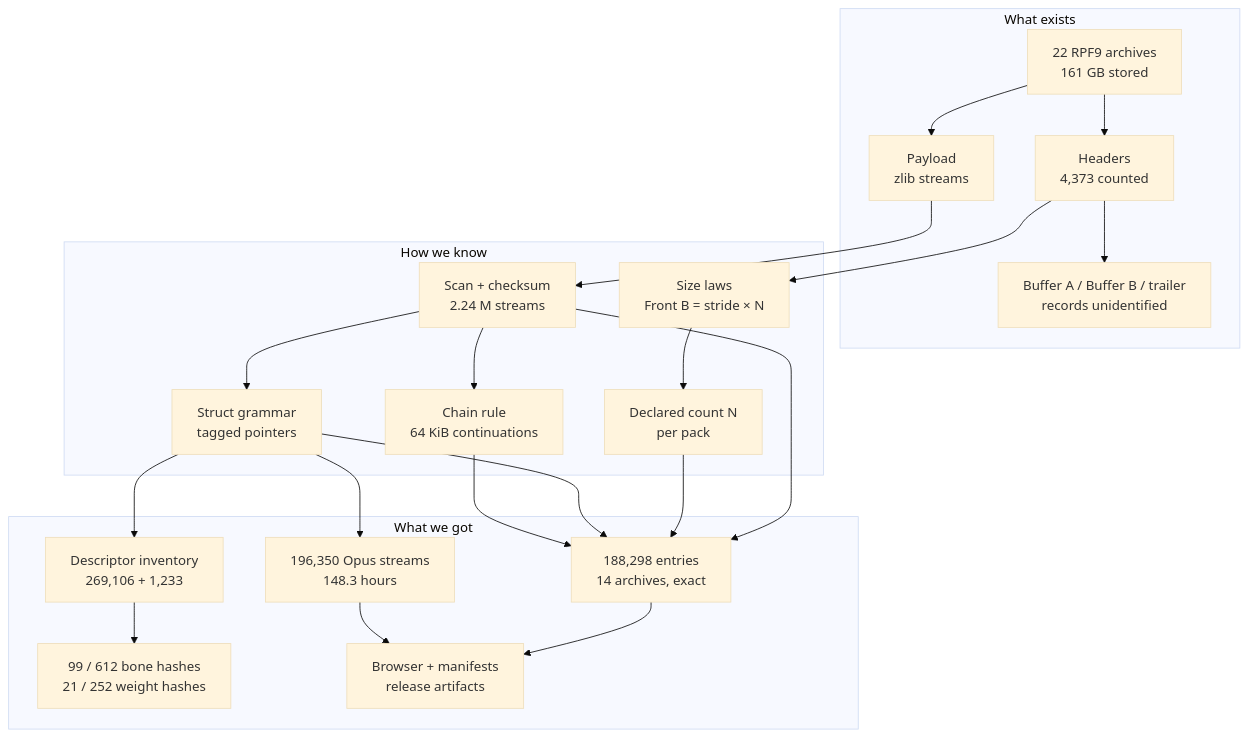
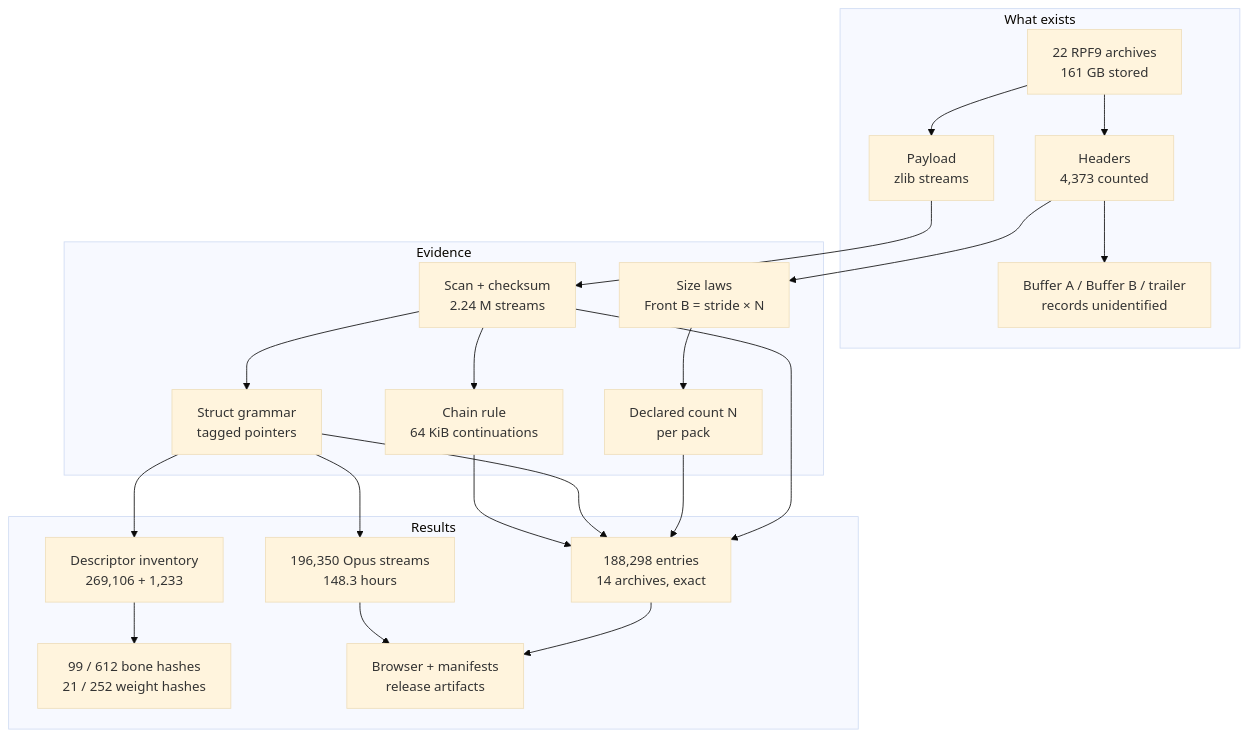
One commit to lynxnathan/rage-tools-vi changed the fourth of 4 diagrams in docs/explained.md. Above: the diagram before and after it, drawn with Mermaid (base theme). The commit also changed other lines of this file and 22 other files, not shown here.

````diff
--- a/docs/explained.md
+++ b/docs/explained.md
@@ -172,41 +172,41 @@
 ```mermaid
 flowchart TB
     subgraph Data["What exists"]
       AR["22 RPF9 archives<br/>161 GB stored"]
       HD["Headers<br/>4,373 counted"]
       FA["Buffer A / Buffer B / trailer<br/>records unidentified"]
       PL["Payload<br/>zlib streams"]
     end
-    subgraph Method["How we know"]
+    subgraph Method["Evidence"]
       SC["Scan + checksum<br/>2.24 M streams"]
       SZ["Size laws<br/>Front B = stride × N"]
       CN["Declared count N<br/>per pack"]
       ST["Struct grammar<br/>tagged pointers"]
       CH["Chain rule<br/>64 KiB continuations"]
     end
-    subgraph Results["What we got"]
+    subgraph Results["Results"]
       EN["188,298 entries<br/>14 archives, exact"]
       DS["Descriptor inventory<br/>269,106 + 1,233"]
       NM["99 / 612 bone hashes<br/>21 / 252 weight hashes"]
       AU["196,350 Opus streams<br/>148.3 hours"]
       RD["Browser + manifests<br/>release artifacts"]
     end
 
     AR --> HD
     AR --> PL
     HD --> FA
     HD --> SZ
     PL --> SC
     SZ --> CN
     SC --> EN
     CN --> EN
     SC --> CH
     SC --> ST
     ST --> DS
     ST --> EN
     CH --> EN
     DS --> NM
     ST --> AU
     EN --> RD
     AU --> RD
 ```
````
